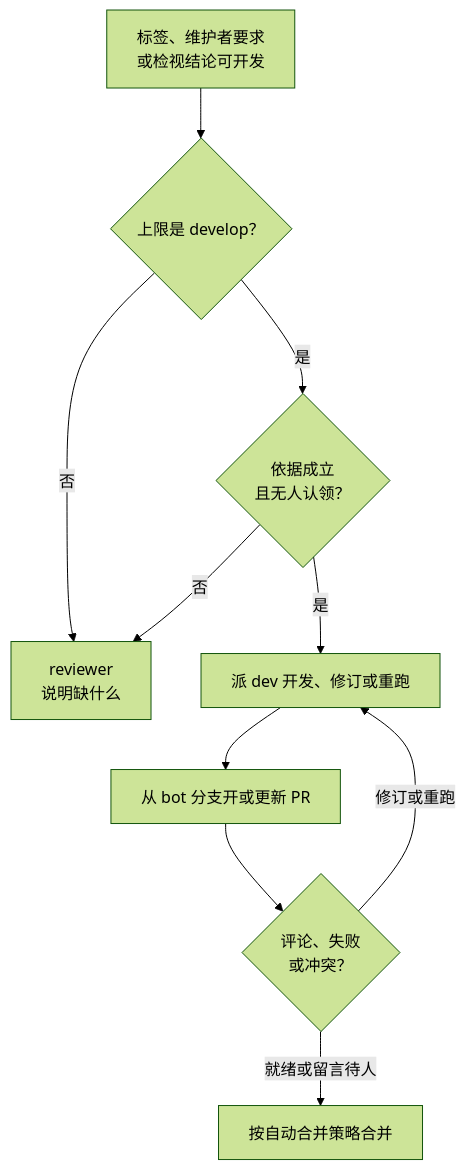
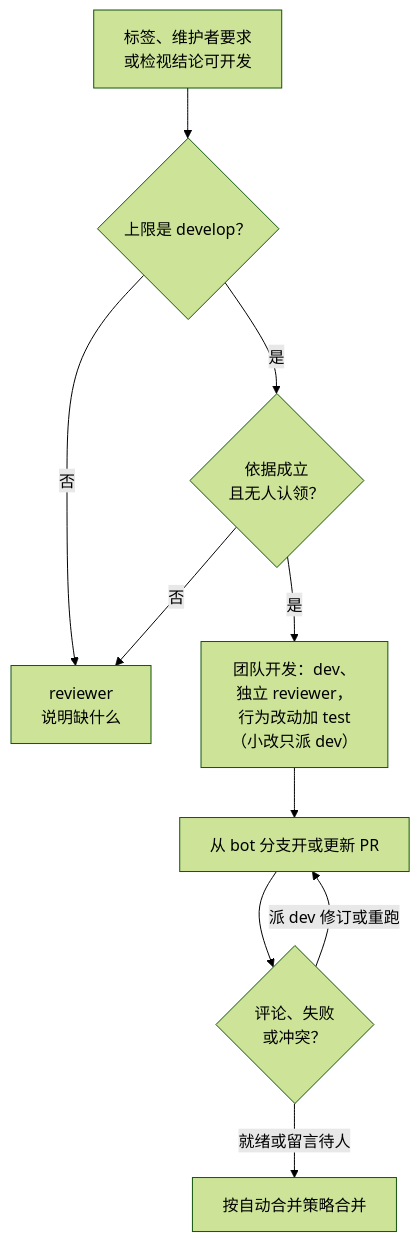
The fourth of 6 diagrams in docs/prompts/manager-dispatch.md (agent-CI-Infra/bot), drawn with Mermaid (forest theme) before and after one commit. The commit also changed other lines of this file and 20 other files, not shown here.

````diff
--- a/docs/prompts/manager-dispatch.md
+++ b/docs/prompts/manager-dispatch.md
@@ -74,12 +74,12 @@
 ```mermaid
 flowchart TD
   trig["标签、维护者要求<br>或检视结论可开发"] --> ceil{"上限是 develop？"}
   ceil -->|否| explain["reviewer<br>说明缺什么"]
   ceil -->|是| basis{"依据成立<br>且无人认领？"}
   basis -->|否| explain
-  basis -->|是| dev["派 dev 开发、修订或重跑"]
-  dev --> pr["从 bot 分支开或更新 PR"]
+  basis -->|是| team["团队开发：dev、<br>独立 reviewer，<br>行为改动加 test<br>（小改只派 dev）"]
+  team --> pr["从 bot 分支开或更新 PR"]
   pr --> talk{"评论、失败<br>或冲突？"}
-  talk -->|修订或重跑| dev
+  talk -->|派 dev 修订或重跑| pr
   talk -->|就绪或留言待人| merge["按自动合并策略合并"]
 ```
````
